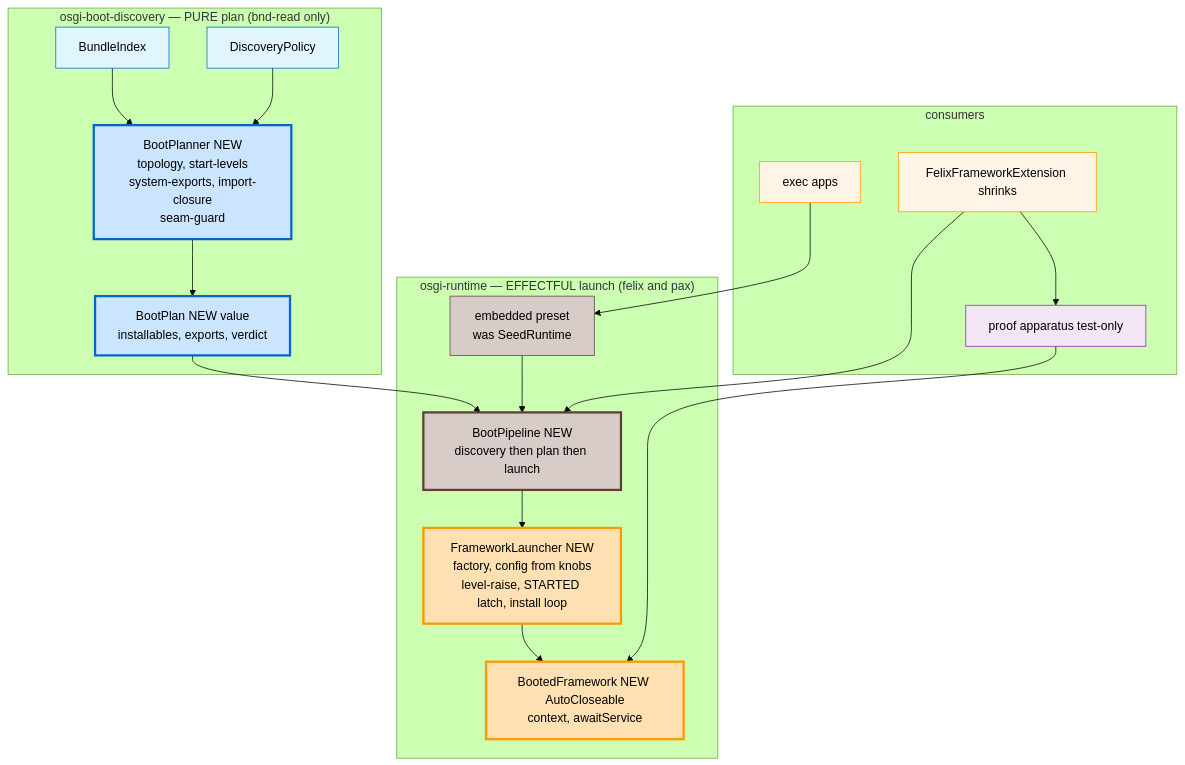
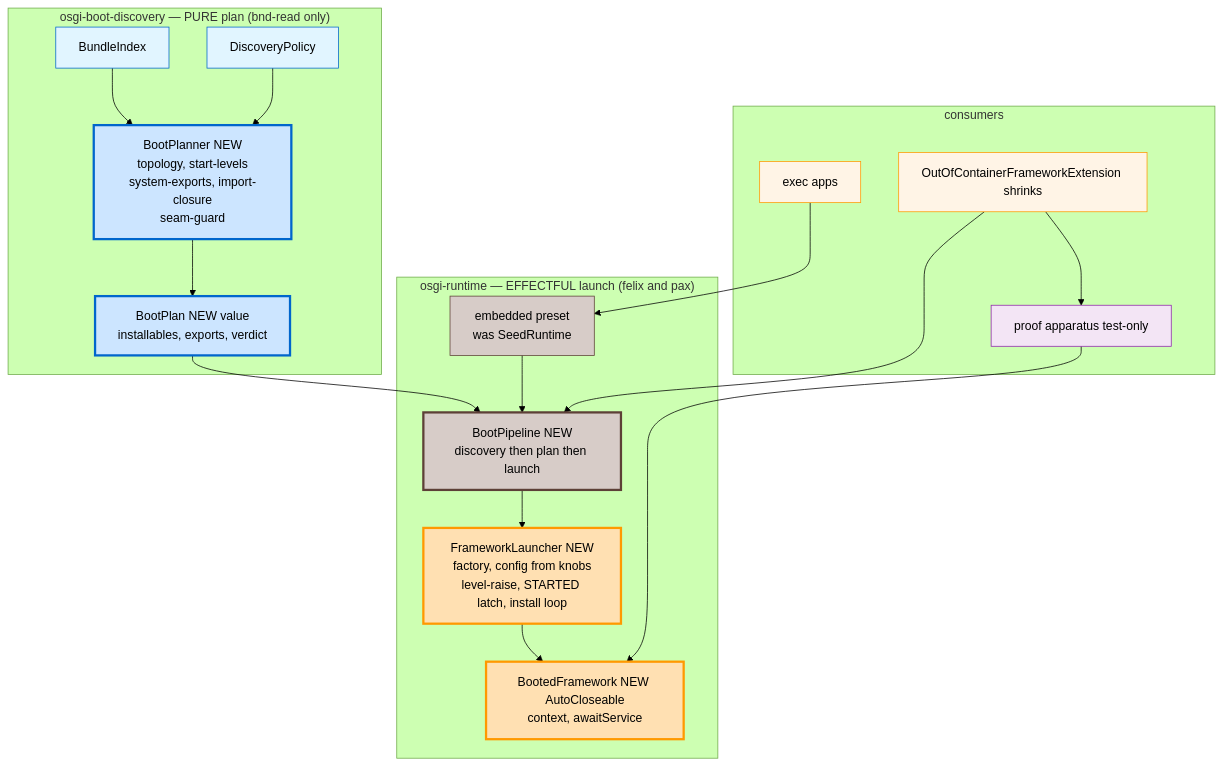
Before and after one commit to nxmatic/rke2lab: the first of 3 diagrams in docs/architecture/osgi/osgi-boot-decomposition-spec.adoc, drawn with Mermaid (forest theme). The commit also changed other lines of this file and 77 other files, not shown here.

```diff
--- a/docs/architecture/osgi/osgi-boot-decomposition-spec.adoc
+++ b/docs/architecture/osgi/osgi-boot-decomposition-spec.adoc
@@ -69,46 +69,46 @@
 [mermaid]
 ----
 flowchart TB
   subgraph "osgi-boot-discovery — PURE plan (bnd-read only)"
     Planner["BootPlanner NEW<br/>topology, start-levels<br/>system-exports, import-closure<br/>seam-guard"]
     Plan["BootPlan NEW value<br/>installables, exports, verdict"]
     Index["BundleIndex"]
     Policy["DiscoveryPolicy"]
     Index --> Planner
     Policy --> Planner
     Planner --> Plan
   end
 
   subgraph "osgi-runtime — EFFECTFUL launch (felix and pax)"
     Launcher["FrameworkLauncher NEW<br/>factory, config from knobs<br/>level-raise, STARTED latch, install loop"]
     Booted["BootedFramework NEW AutoCloseable<br/>context, awaitService"]
     Pipe["BootPipeline NEW<br/>discovery then plan then launch"]
     Preset["embedded preset<br/>was SeedRuntime"]
     Launcher --> Booted
     Plan --> Pipe
     Pipe --> Launcher
     Preset --> Pipe
   end
 
   subgraph "consumers"
     Exec["exec apps"]
-    Ffe["FelixFrameworkExtension shrinks"]
+    Ffe["OutOfContainerFrameworkExtension shrinks"]
     Proof["proof apparatus test-only"]
     Exec --> Preset
     Ffe --> Pipe
     Ffe --> Proof
     Proof --> Booted
   end
 
   style Planner fill:#cce5ff,stroke:#0066cc,stroke-width:3px
   style Plan fill:#cce5ff,stroke:#0066cc,stroke-width:3px
   style Index fill:#e1f5ff,stroke:#0066cc
   style Policy fill:#e1f5ff,stroke:#0066cc
   style Launcher fill:#ffe0b2,stroke:#ff9900,stroke-width:3px
   style Booted fill:#ffe0b2,stroke:#ff9900,stroke-width:3px
   style Pipe fill:#d7ccc8,stroke:#5d4037,stroke-width:3px
   style Preset fill:#d7ccc8,stroke:#5d4037
   style Exec fill:#fff4e6,stroke:#ff9900
   style Ffe fill:#fff4e6,stroke:#ff9900
   style Proof fill:#f3e5f5,stroke:#8e24aa
 ----
```
